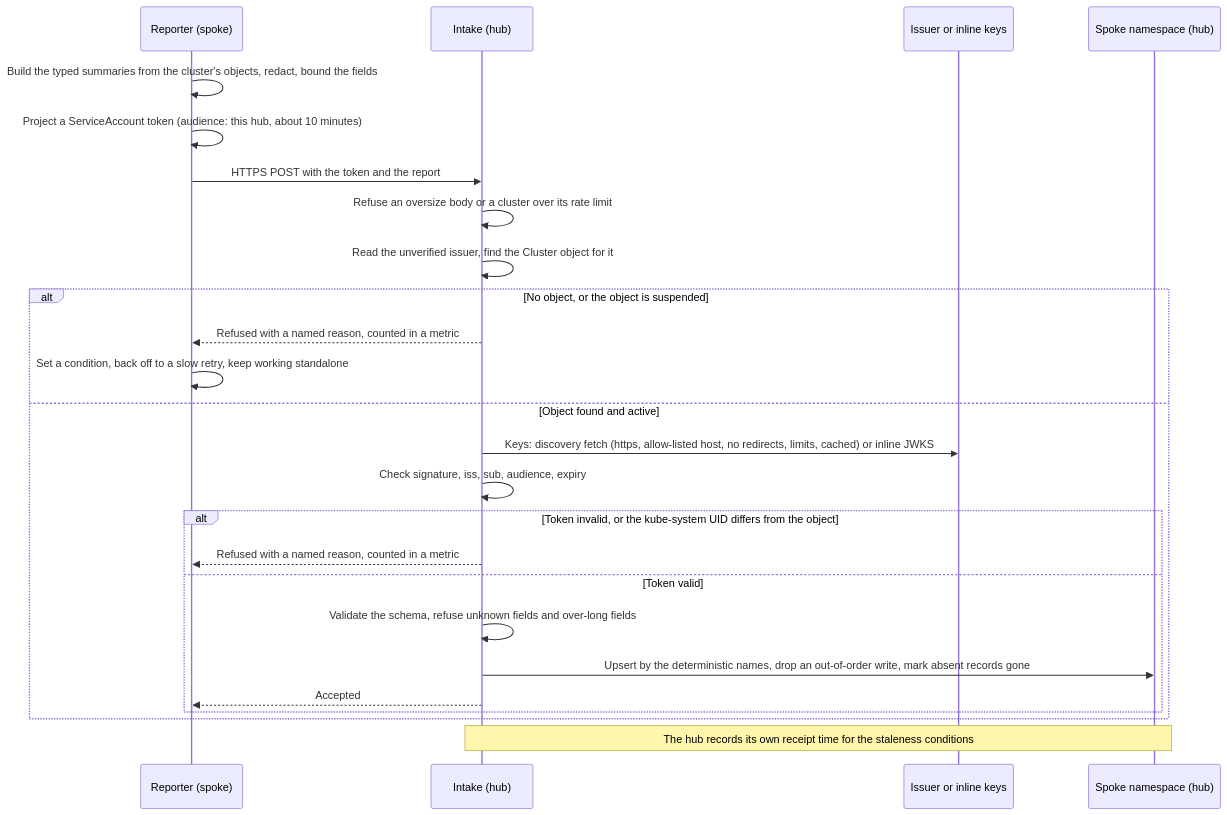
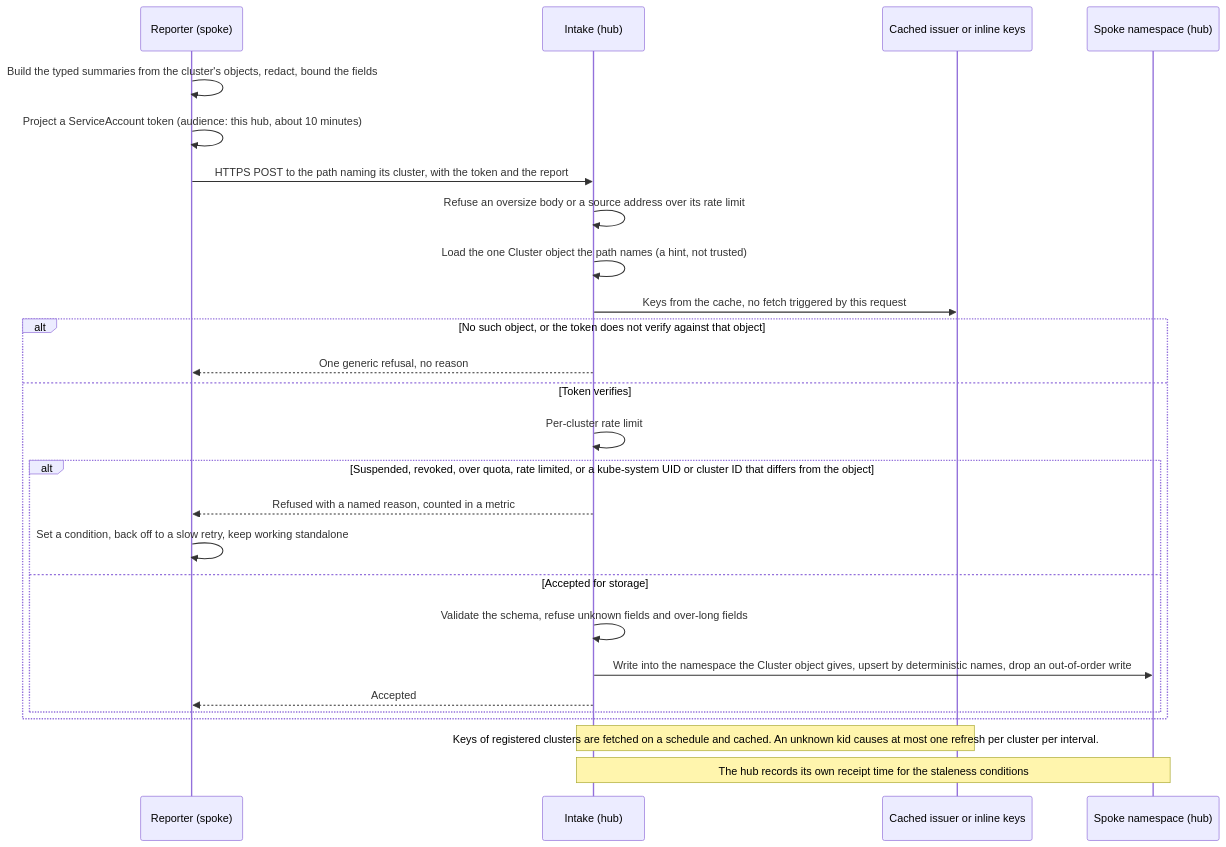
One commit to pkalin/shadewright changed the second of 2 diagrams in docs/adr/0038-control-plane-mode-a-hub-that-many-clusters-report-to.md. Above: the diagram before and after it, drawn with Mermaid. The commit also changed other lines of this file and 2 other files, not shown here.

First line of the commit message:
docs(adr): tighten ADR-0038 identity, intake checks and prototype limits

````diff
--- a/docs/adr/0038-control-plane-mode-a-hub-that-many-clusters-report-to.md
+++ b/docs/adr/0038-control-plane-mode-a-hub-that-many-clusters-report-to.md
@@ -198,27 +224,28 @@
 ```mermaid
 sequenceDiagram
     participant R as Reporter (spoke)
     participant I as Intake (hub)
-    participant K as Issuer or inline keys
+    participant K as Cached issuer or inline keys
     participant N as Spoke namespace (hub)
     R->>R: Build the typed summaries from the cluster's objects, redact, bound the fields
     R->>R: Project a ServiceAccount token (audience: this hub, about 10 minutes)
-    R->>I: HTTPS POST with the token and the report
-    I->>I: Refuse an oversize body or a cluster over its rate limit
-    I->>I: Read the unverified issuer, find the Cluster object for it
-    alt No object, or the object is suspended
-        I-->>R: Refused with a named reason, counted in a metric
-        R->>R: Set a condition, back off to a slow retry, keep working standalone
-    else Object found and active
-        I->>K: Keys: discovery fetch (https, allow-listed host, no redirects, limits, cached) or inline JWKS
-        I->>I: Check signature, iss, sub, audience, expiry
-        alt Token invalid, or the kube-system UID differs from the object
+    R->>I: HTTPS POST to the path naming its cluster, with the token and the report
+    I->>I: Refuse an oversize body or a source address over its rate limit
+    I->>I: Load the one Cluster object the path names (a hint, not trusted)
+    I->>K: Keys from the cache, no fetch triggered by this request
+    alt No such object, or the token does not verify against that object
+        I-->>R: One generic refusal, no reason
+    else Token verifies
+        I->>I: Per-cluster rate limit
+        alt Suspended, revoked, over quota, rate limited, or a kube-system UID or cluster ID that differs from the object
             I-->>R: Refused with a named reason, counted in a metric
-        else Token valid
+            R->>R: Set a condition, back off to a slow retry, keep working standalone
+        else Accepted for storage
             I->>I: Validate the schema, refuse unknown fields and over-long fields
-            I->>N: Upsert by the deterministic names, drop an out-of-order write, mark absent records gone
+            I->>N: Write into the namespace the Cluster object gives, upsert by deterministic names, drop an out-of-order write
             I-->>R: Accepted
         end
     end
+    Note over I,K: Keys of registered clusters are fetched on a schedule and cached. An unknown kid causes at most one refresh per cluster per interval.
     Note over I,N: The hub records its own receipt time for the staleness conditions
 ```
````
